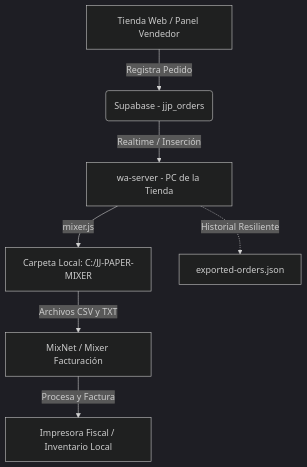
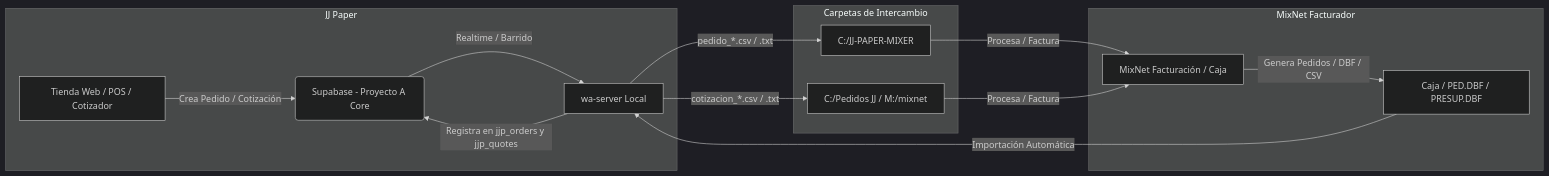
Before and after one commit to kaddexomg/JJ-PAPER: the diagram in CONEXION_MIXNET.md, drawn with Mermaid (dark theme). The commit also changed other lines of this file and 12 other files, not shown here.

Commit message:
feat(mixnet-bridge): puente bidireccional JJ Paper <-> MixNet, servicio silencioso en segundo plano y auto-arranque

````diff
--- a/CONEXION_MIXNET.md
+++ b/CONEXION_MIXNET.md
@@ -9,9 +9,20 @@
 ```mermaid
-graph TD
-    A[Tienda Web / Panel Vendedor] -->|Registra Pedido| B(Supabase - jjp_orders)
-    B -->|Realtime / Inserción| C[wa-server - PC de la Tienda]
-    C -->|mixer.js | D[Carpeta Local: C:/JJ-PAPER-MIXER]
-    D -->|Archivos CSV y TXT| E[MixNet / Mixer Facturación]
-    E -->|Procesa y Factura| F[Impresora Fiscal / Inventario Local]
-    C -.->|Historial Resiliente| G[exported-orders.json]
+graph LR
+    subgraph JJ Paper
+        A[Tienda Web / POS / Cotizador] -->|Crea Pedido / Cotización| B(Supabase - Proyecto A Core)
+        B -->|Realtime / Barrido| C[wa-server Local]
+    end
+
+    subgraph Carpetas de Intercambio
+        C -->|pedido_*.csv / .txt| D[C:/JJ-PAPER-MIXER]
+        C -->|cotizacion_*.csv / .txt| E[C:/Pedidos JJ / M:/mixnet]
+    end
+
+    subgraph MixNet Facturador
+        D & E -->|Procesa / Factura| F[MixNet Facturación / Caja]
+        F -->|Genera Pedidos / DBF / CSV| G[Caja / PED.DBF / PRESUP.DBF]
+    end
+
+    G -->|Importación Automática| C
+    C -->|Registra en jjp_orders y jjp_quotes| B
 ```
````
